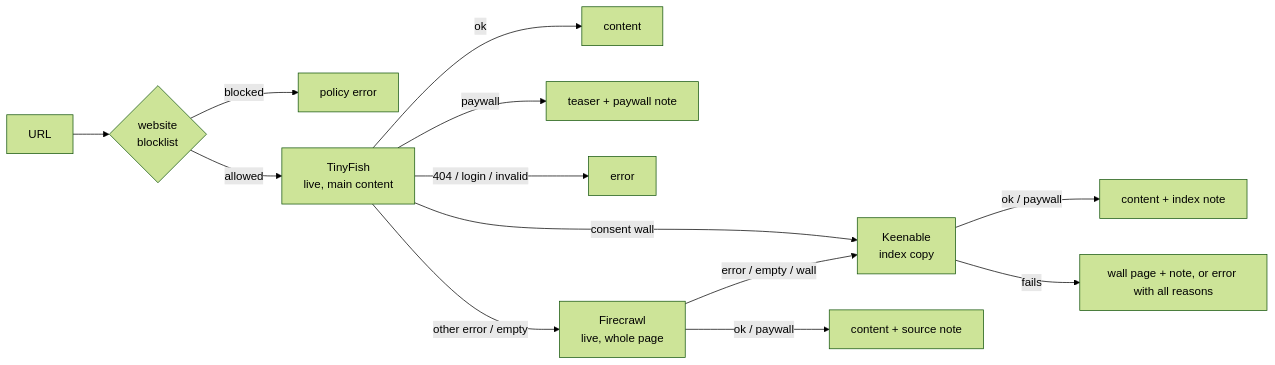
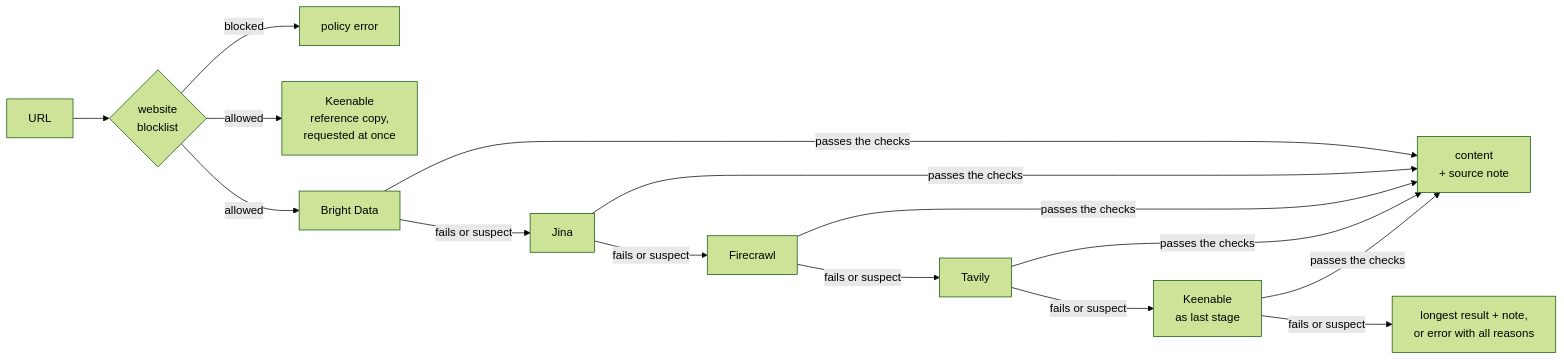
Before and after one commit to Pressimize/hermes-extract-chain: the diagram in README.md, drawn with Mermaid (forest theme). The commit also changed other lines of this file and 12 other files, not shown here.

Commit message:
v0.3.0 WIP: tests, docs, fixes (interrupt, gone copy, Bright Data proxy codes, log line)

````diff
--- a/README.md
+++ b/README.md
@@ -13,15 +11,13 @@
 ```mermaid
 flowchart LR
     U[URL] --> P{website<br>blocklist}
     P -- blocked --> B[policy error]
-    P -- allowed --> T[TinyFish<br>live, main content]
-    T -- ok --> R1[content]
-    T -- paywall --> R2[teaser + paywall note]
-    T -- 404 / login / invalid --> R3[error]
-    T -- consent wall --> K[Keenable<br>index copy]
-    T -- other error / empty --> F[Firecrawl<br>live, whole page]
-    F -- ok / paywall --> R4[content + source note]
-    F -- error / empty / wall --> K
-    K -- ok / paywall --> R5[content + index note]
-    K -- fails --> R6[wall page + note, or error with all reasons]
+    P -- allowed --> R[Keenable<br>reference copy,<br>requested at once]
+    P -- allowed --> S1[Bright Data]
+    S1 -- fails or suspect --> S2[Jina]
+    S2 -- fails or suspect --> S3[Firecrawl]
+    S3 -- fails or suspect --> S4[Tavily]
+    S4 -- fails or suspect --> S5[Keenable<br>as last stage]
+    S1 & S2 & S3 & S4 & S5 -- passes the checks --> C[content<br>+ source note]
+    S5 -- fails or suspect --> F[longest result + note,<br>or error with all reasons]
 ```
````
